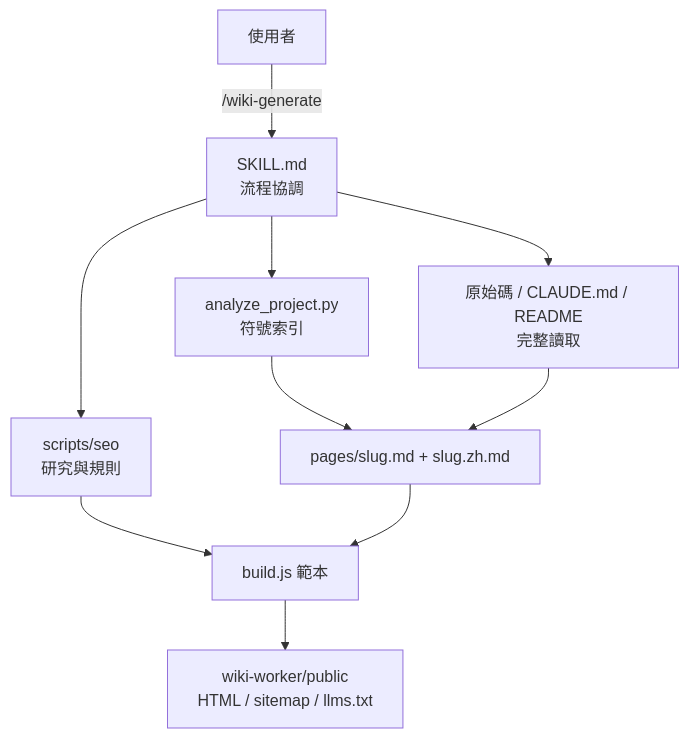
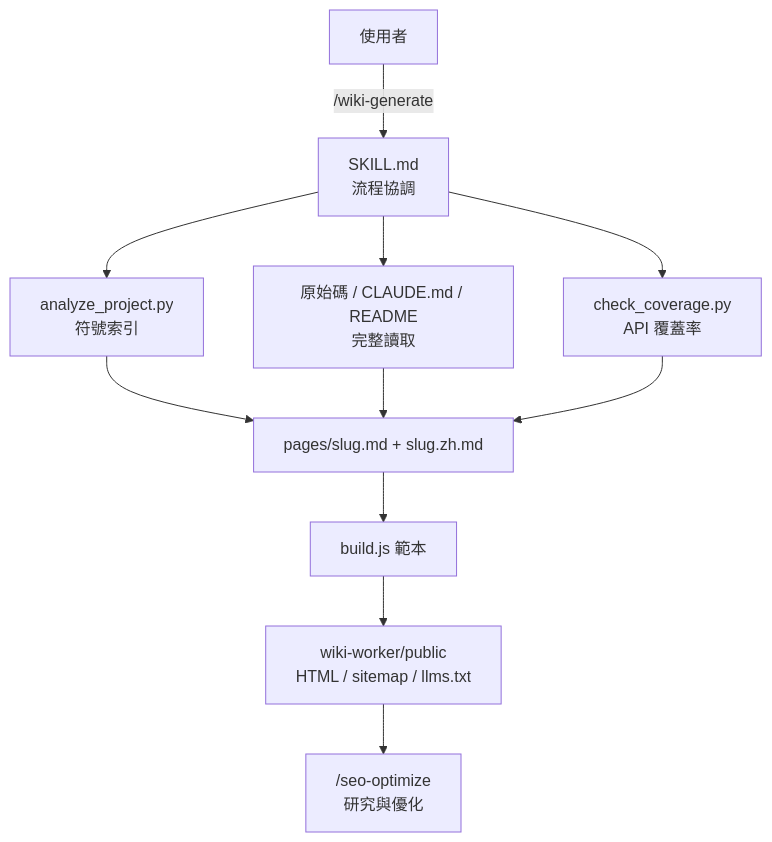
The diagram in doc/README.zh.md (agenvoy/skill-wiki-generate), drawn with Mermaid before and after one commit. The commit also changed other lines of this file and 13 other files, not shown here.

Commit message:
breaking: Delegate SEO to /seo-optimize and remove built-in SEO scripts

````diff
--- a/doc/README.zh.md
+++ b/doc/README.zh.md
@@ -39,12 +39,13 @@
 ```mermaid
 graph TB
     User[使用者] -->|/wiki-generate| SKILL[SKILL.md<br/>流程協調]
     SKILL --> Analyze[analyze_project.py<br/>符號索引]
     SKILL --> Source[原始碼 / CLAUDE.md / README<br/>完整讀取]
-    SKILL --> SEO[scripts/seo<br/>研究與規則]
+    SKILL --> Coverage[check_coverage.py<br/>API 覆蓋率]
     Analyze --> Pages[pages/slug.md + slug.zh.md]
     Source --> Pages
-    SEO --> Build[build.js 範本]
-    Pages --> Build
+    Coverage --> Pages
+    Pages --> Build[build.js 範本]
     Build --> Site[wiki-worker/public<br/>HTML / sitemap / llms.txt]
+    Site --> SEO["/seo-optimize<br/>研究與優化"]
 ```
````
